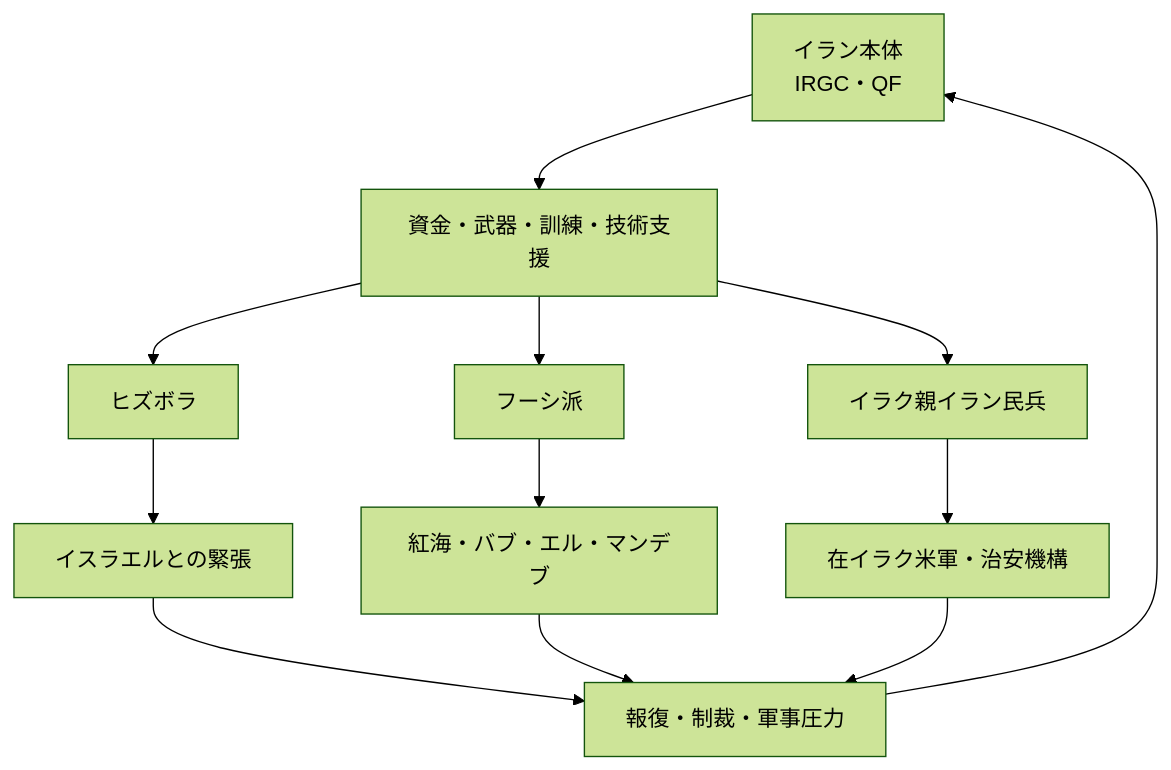
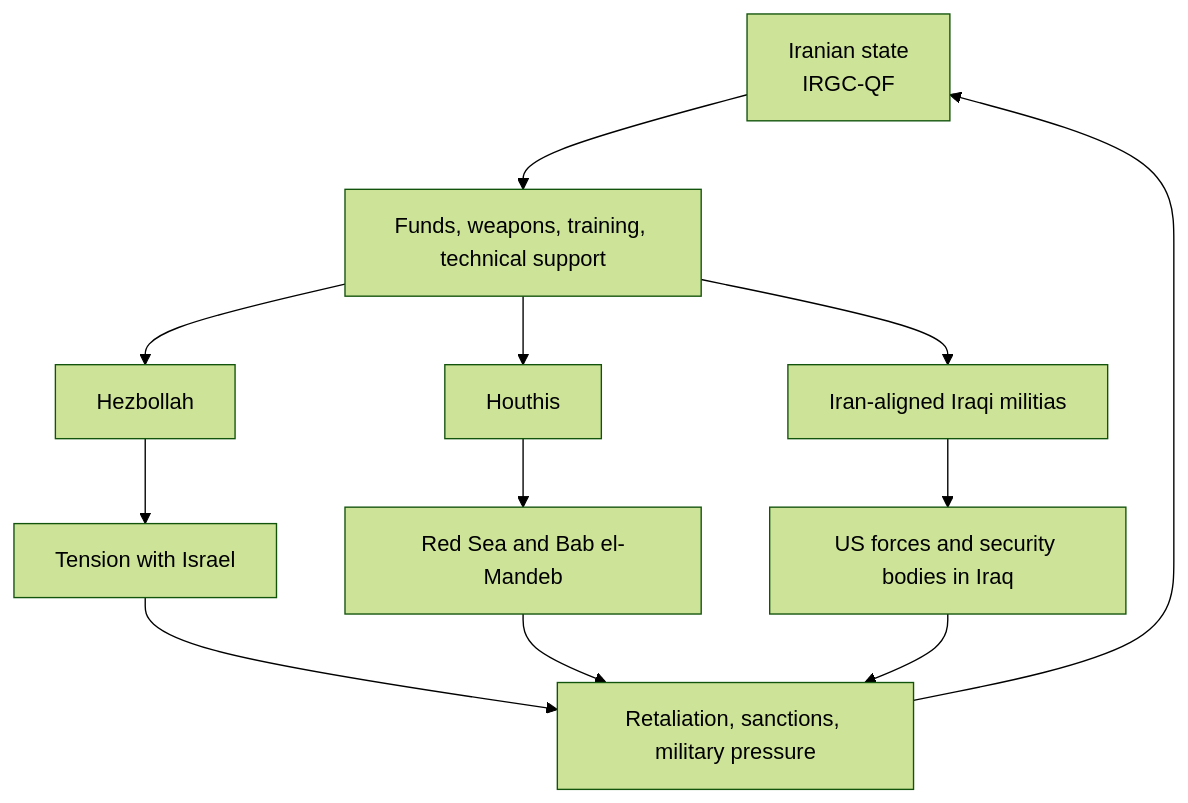
Before and after one commit to daylight55/research: the third of 3 diagrams in content/blog/en/iran-nuclear-sanctions-proxies.mdx, drawn with Mermaid (forest theme). The commit also changed other lines of this file and 26 other files, not shown here.

Commit message:
Translate English Mermaid labels

````diff
--- a/content/blog/en/iran-nuclear-sanctions-proxies.mdx
+++ b/content/blog/en/iran-nuclear-sanctions-proxies.mdx
@@ -115,14 +115,14 @@
 ```mermaid
 flowchart TB
-    Iran[イラン本体\nIRGC・QF] --> Funding[資金・武器・訓練・技術支援]
-    Funding --> Hizb[ヒズボラ]
-    Funding --> Houthis[フーシ派]
-    Funding --> Iraq[イラク親イラン民兵]
-    Hizb --> Israel[イスラエルとの緊張]
-    Houthis --> SeaLanes[紅海・バブ・エル・マンデブ]
-    Iraq --> USforces[在イラク米軍・治安機構]
-    Israel --> Escalation[報復・制裁・軍事圧力]
+    Iran[Iranian state\nIRGC-QF] --> Funding[Funds, weapons, training, technical support]
+    Funding --> Hizb[Hezbollah]
+    Funding --> Houthis[Houthis]
+    Funding --> Iraq[Iran-aligned Iraqi militias]
+    Hizb --> Israel[Tension with Israel]
+    Houthis --> SeaLanes[Red Sea and Bab el-Mandeb]
+    Iraq --> USforces[US forces and security bodies in Iraq]
+    Israel --> Escalation[Retaliation, sanctions, military pressure]
     SeaLanes --> Escalation
     USforces --> Escalation
     Escalation --> Iran
 ```
````
